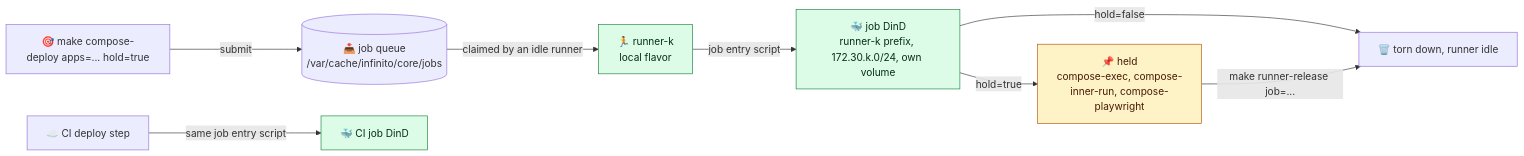
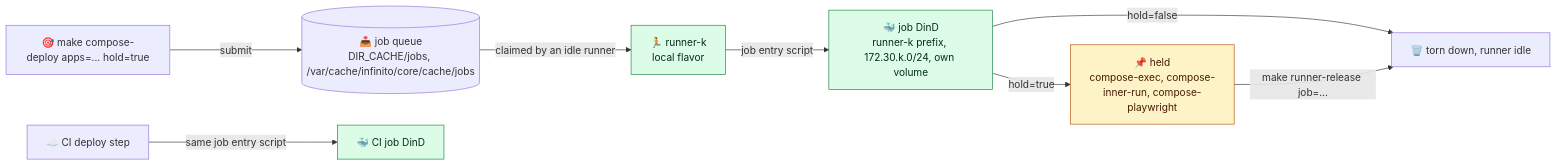
Before and after one commit to infinito-nexus/core: the fourth of 4 diagrams in docs/requirements/092-local-stack-architecture.md, drawn with Mermaid. The commit also changed other lines of this file and 70 other files, not shown here.

````diff
--- a/docs/requirements/092-local-stack-architecture.md
+++ b/docs/requirements/092-local-stack-architecture.md
@@ -205,14 +205,14 @@
 ```mermaid
 flowchart LR
-  M["🎯 make compose-deploy apps=... hold=true"] -->|"submit"| Q[("📥 job queue<br/>/var/cache/infinito/core/jobs")]
+  M["🎯 make compose-deploy apps=... hold=true"] -->|"submit"| Q[("📥 job queue<br/>DIR_CACHE/jobs, /var/cache/infinito/core/cache/jobs")]
   Q -->|"claimed by an idle runner"| R["🏃 runner-k<br/>local flavor"]
   R -->|"job entry script"| D["🐳 job DinD<br/>runner-k prefix, 172.30.k.0/24, own volume"]
   D -->|"hold=false"| X["🗑️ torn down, runner idle"]
   D -->|"hold=true"| H["📌 held<br/>compose-exec, compose-inner-run, compose-playwright"]
   H -->|"make runner-release job=..."| X
   CI["☁️ CI deploy step"] -->|"same job entry script"| D2["🐳 CI job DinD"]
   classDef run fill:#dcfce7,stroke:#15803d,color:#052e16
   classDef held fill:#fef3c7,stroke:#b45309,color:#451a03
   class R,D,D2 run
   class H held
 ```
````
